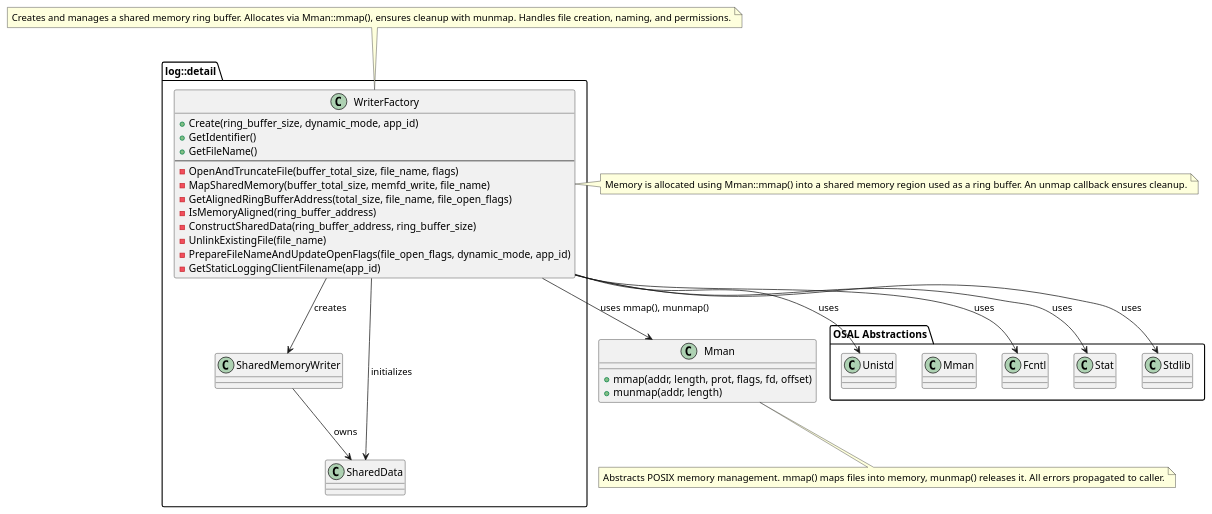
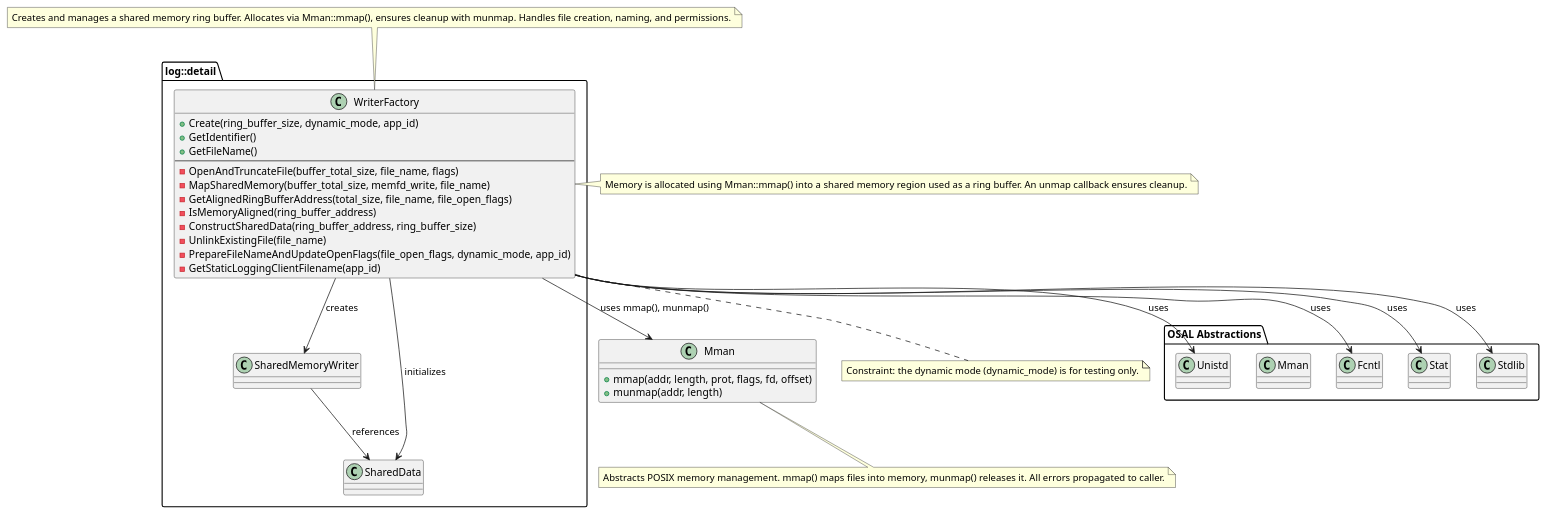
One commit to eclipse-score/logging changed the diagram in score/mw/log/design/backend/datarouter_backend/write_factory_design.puml. Above: the diagram before and after it, drawn with PlantUML. The commit also changed 21 other files, not shown here.

```diff
--- a/score/mw/log/design/backend/datarouter_backend/write_factory_design.puml
+++ b/score/mw/log/design/backend/datarouter_backend/write_factory_design.puml
@@ -14,55 +14,57 @@
 @startuml write_factory_design
 ' Library dependencies
 package "OSAL Abstractions" {
   class Unistd
   class Fcntl
   class Stat
   class Mman
   class Stdlib
 }
 
 package "log::detail" {
   class WriterFactory {
     +Create(ring_buffer_size, dynamic_mode, app_id)
     +GetIdentifier()
     +GetFileName()
     --
     -OpenAndTruncateFile(buffer_total_size, file_name, flags)
     -MapSharedMemory(buffer_total_size, memfd_write, file_name)
     -GetAlignedRingBufferAddress(total_size, file_name, file_open_flags)
     -IsMemoryAligned(ring_buffer_address)
     -ConstructSharedData(ring_buffer_address, ring_buffer_size)
     -UnlinkExistingFile(file_name)
     -PrepareFileNameAndUpdateOpenFlags(file_open_flags, dynamic_mode, app_id)
     -GetStaticLoggingClientFilename(app_id)
   }
 
   class SharedMemoryWriter
   class SharedData
 }
 
 ' Main relationships
 WriterFactory --> SharedMemoryWriter : creates
 
 class Mman {
   +mmap(addr, length, prot, flags, fd, offset)
   +munmap(addr, length)
 }
 
 
 WriterFactory --> SharedData : initializes
 WriterFactory --> Unistd : uses
 WriterFactory --> Fcntl : uses
 WriterFactory --> Stat : uses
 WriterFactory --> Mman : uses mmap(), munmap()
 WriterFactory --> Stdlib : uses
 
 ' Notes on memory allocation and deallocation
 note right of WriterFactory : Memory is allocated using Mman::mmap() into a shared memory region used as a ring buffer. An unmap callback ensures cleanup.
 
 note top of WriterFactory : Creates and manages a shared memory ring buffer. Allocates via Mman::mmap(), ensures cleanup with munmap. Handles file creation, naming, and permissions.
 
 note bottom of Mman : Abstracts POSIX memory management. mmap() maps files into memory, munmap() releases it. All errors propagated to caller.
 
-SharedMemoryWriter --> SharedData : owns
+note bottom of WriterFactory : Constraint: the dynamic mode (dynamic_mode) is for testing only.
+
+SharedMemoryWriter --> SharedData : references
 @enduml
```
